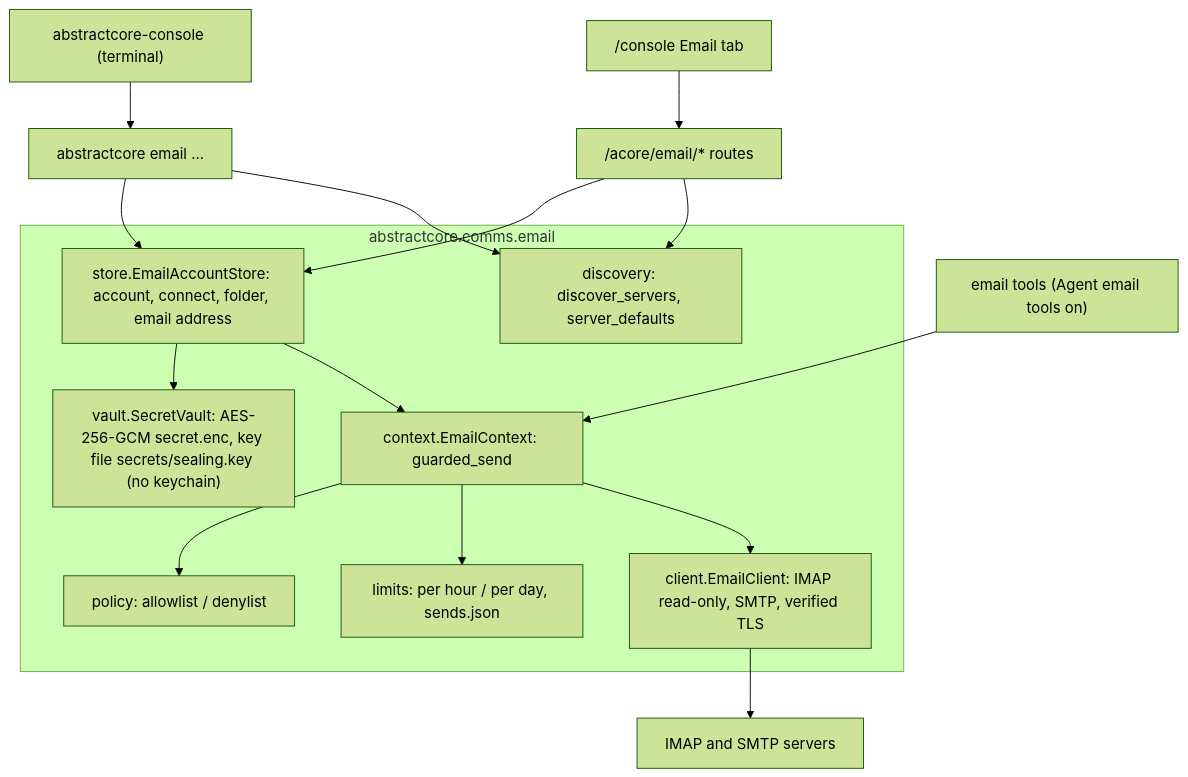
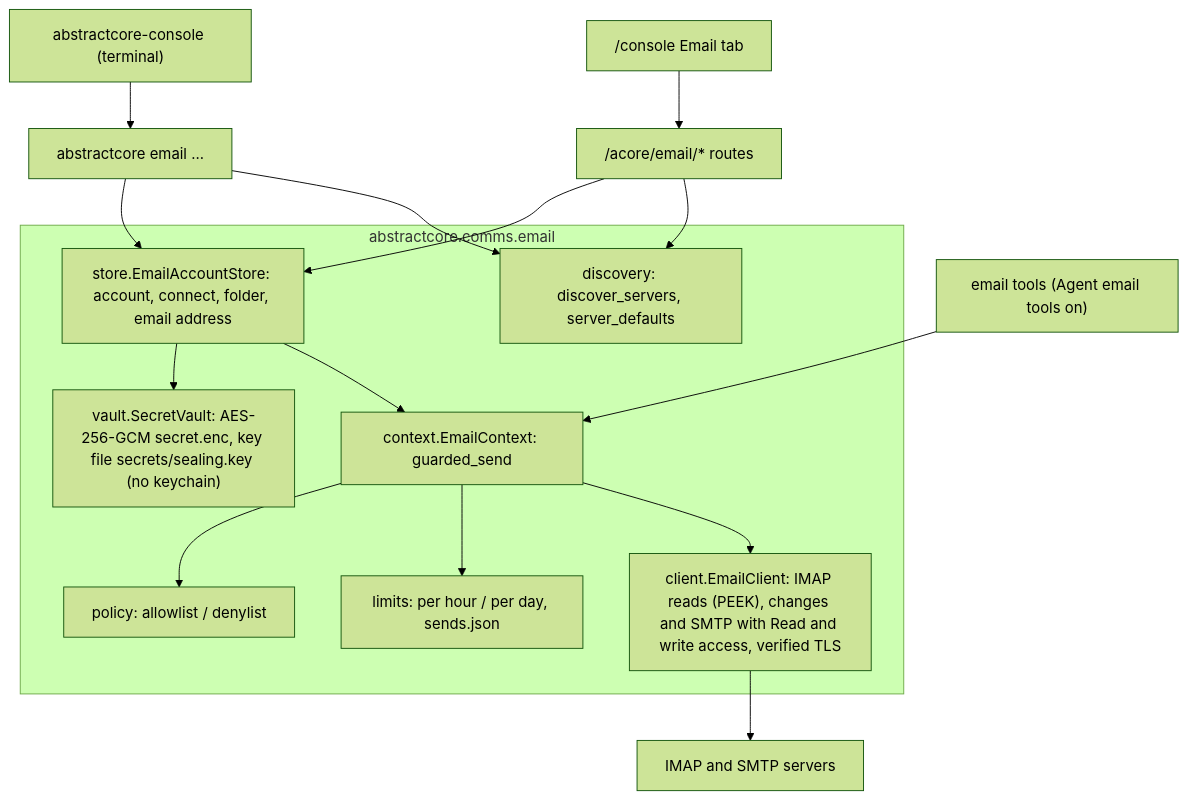
Diagram 18 of 19 in docs/architecture.md (lpalbou/AbstractCore), drawn with Mermaid (forest theme) before and after one commit. The commit also changed 8 other files, not shown here.

````diff
--- a/docs/architecture.md
+++ b/docs/architecture.md
@@ -995,27 +995,27 @@
 ```mermaid
 graph TD
     CLI["abstractcore email ..."] --> STORE
     TUI["abstractcore-console (terminal)"] --> CLI
     WEB["/console Email tab"] --> HTTP["/acore/email/* routes"]
     HTTP --> STORE
     HTTP --> DISC
     TOOLS["email tools (Agent email tools on)"] --> CTX
 
     subgraph EMAIL[abstractcore.comms.email]
         STORE["store.EmailAccountStore: account, connect, folder, email address"]
         DISC["discovery: discover_servers, server_defaults"]
         VAULT["vault.SecretVault: AES-256-GCM secret.enc, key file secrets/sealing.key (no keychain)"]
         CTX["context.EmailContext: guarded_send"]
         POL["policy: allowlist / denylist"]
         LIM["limits: per hour / per day, sends.json"]
-        CLIENT["client.EmailClient: IMAP read-only, SMTP, verified TLS"]
+        CLIENT["client.EmailClient: IMAP reads (PEEK), changes and SMTP with Read and write access, verified TLS"]
     end
 
     CLI --> DISC
     STORE --> VAULT
     STORE --> CTX
     CTX --> POL
     CTX --> LIM
     CTX --> CLIENT
     CLIENT --> SERVERS["IMAP and SMTP servers"]
 ```
````
